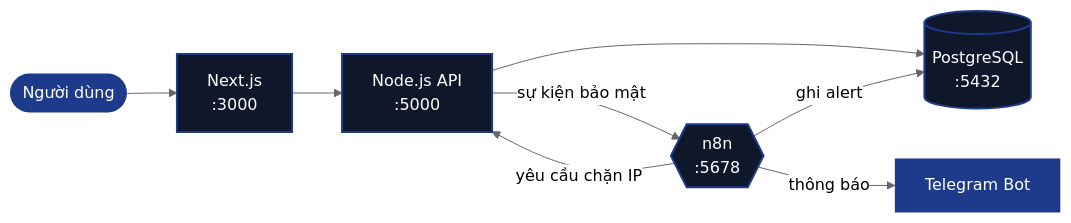
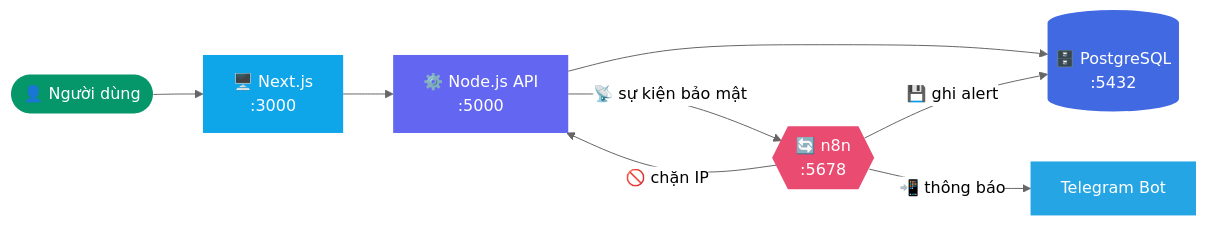
The first of 2 diagrams in README.md (Chamm286/riceguard), drawn with Mermaid (neutral theme) before and after one commit. The commit also changed other lines of this file, not shown here.

```diff
--- a/README.md
+++ b/README.md
@@ -61,15 +74,17 @@
 ~~~mermaid
 flowchart LR
-    U([Người dùng]) --> FE[Next.js<br/>:3000]
-    FE --> BE[Node.js API<br/>:5000]
-    BE --> DB[(PostgreSQL<br/>:5432)]
-    BE -- "sự kiện bảo mật" --> N8N{{n8n<br/>:5678}}
-    N8N -- "ghi alert" --> DB
-    N8N -- "thông báo" --> TG[Telegram Bot]
-    N8N -- "yêu cầu chặn IP" --> BE
+    U([👤 Người dùng]) --> FE[🖥️ Next.js<br/>:3000]
+    FE --> BE[⚙️ Node.js API<br/>:5000]
+    BE --> DB[(🗄️ PostgreSQL<br/>:5432)]
+    BE -- "📡 sự kiện bảo mật" --> N8N{{🔄 n8n<br/>:5678}}
+    N8N -- "💾 ghi alert" --> DB
+    N8N -- "📲 thông báo" --> TG[Telegram Bot]
+    N8N -- "🚫 chặn IP" --> BE
 
-    classDef core fill:#0f172a,color:#fff,stroke:#1e3a8a,stroke-width:2px
-    classDef ext fill:#1e3a8a,color:#fff,stroke:none
-    class FE,BE,DB,N8N core
-    class TG,U ext
+    style U fill:#059669,color:#fff,stroke:none
+    style FE fill:#0ea5e9,color:#fff,stroke:none
+    style BE fill:#6366f1,color:#fff,stroke:none
+    style DB fill:#4169E1,color:#fff,stroke:none
+    style N8N fill:#EA4B71,color:#fff,stroke:none
+    style TG fill:#26A5E4,color:#fff,stroke:none
 ~~~
```
